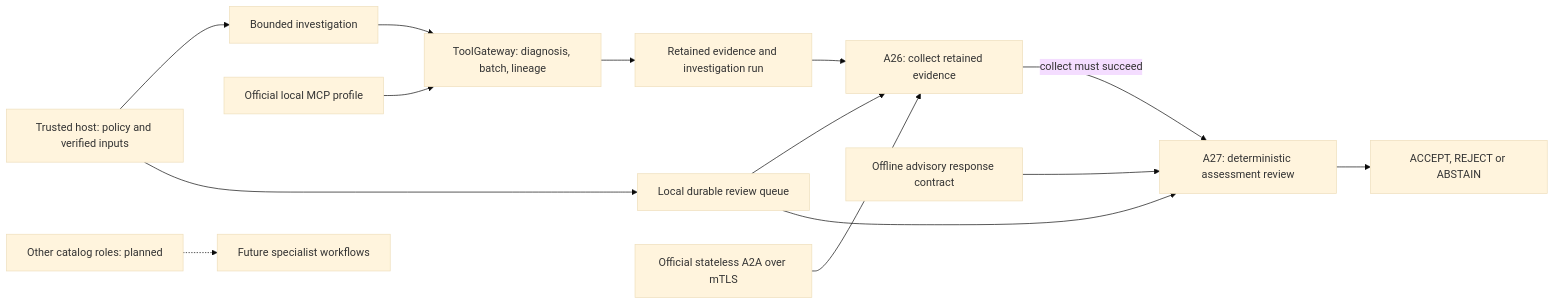
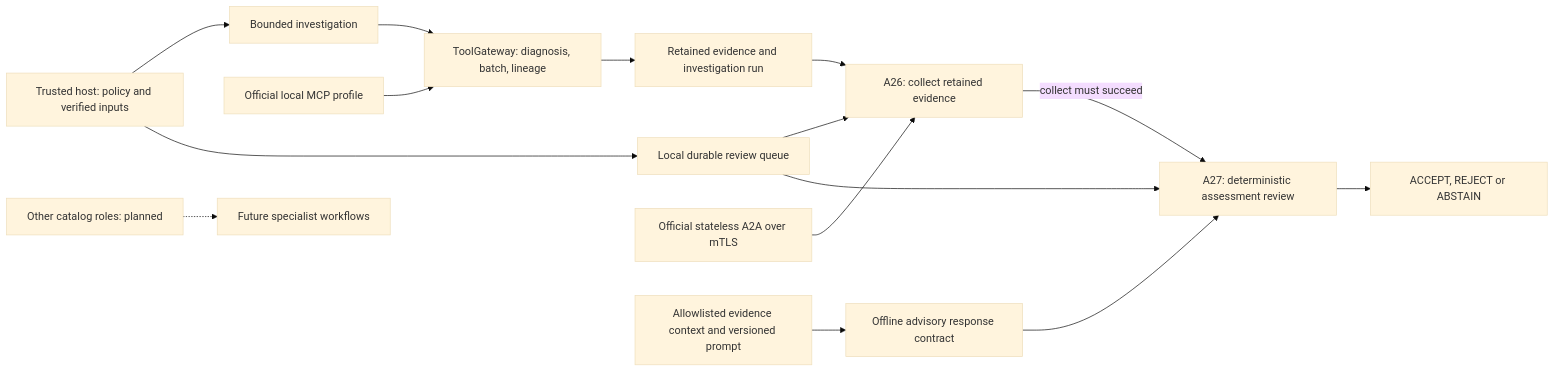
The first of 2 diagrams in docs/agents/README.md (mirackeser/aegisflow-data-reliability), drawn with Mermaid (base theme) before and after one commit. The commit also changed 11 other files, not shown here.

First line of the commit message:
feat(advisory): prepare minimized evidence context and bounded prompts

````diff
--- a/docs/agents/README.md
+++ b/docs/agents/README.md
@@ -7,16 +7,17 @@
 ```mermaid
 flowchart LR
   Host[Trusted host: policy and verified inputs] --> Workflow[Bounded investigation]
   Workflow --> Tools[ToolGateway: diagnosis, batch, lineage]
   Tools --> Runs[Retained evidence and investigation run]
   Runs --> A26[A26: collect retained evidence]
   A26 -->|collect must succeed| A27[A27: deterministic assessment review]
   A27 --> Verdict[ACCEPT, REJECT or ABSTAIN]
   Host --> Queue[Local durable review queue]
   Queue --> A26
   Queue --> A27
   MCP[Official local MCP profile] --> Tools
   A2A[Official stateless A2A over mTLS] --> A26
   Offline[Offline advisory response contract] --> A27
+  Context[Allowlisted evidence context and versioned prompt] --> Offline
   Planned[Other catalog roles: planned] -.-> Future[Future specialist workflows]
 ```
````
